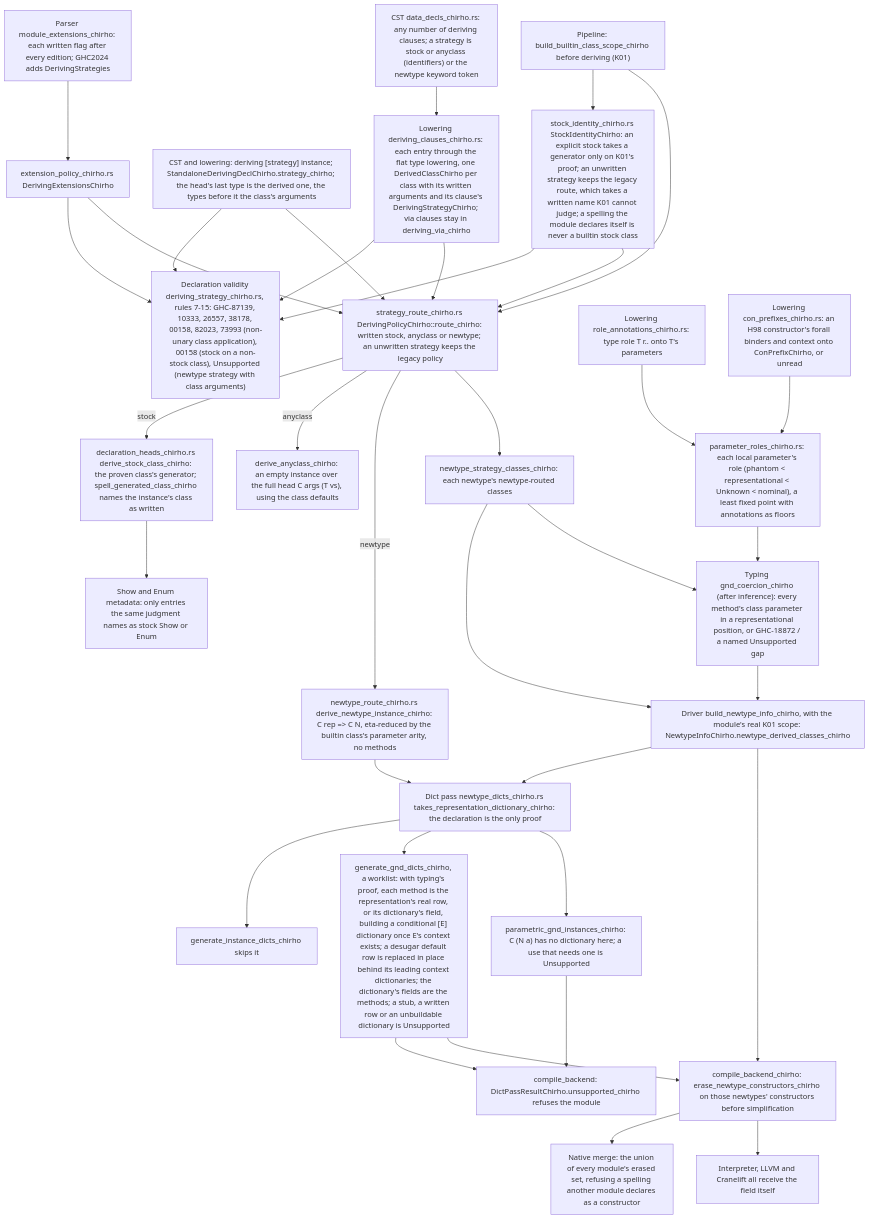
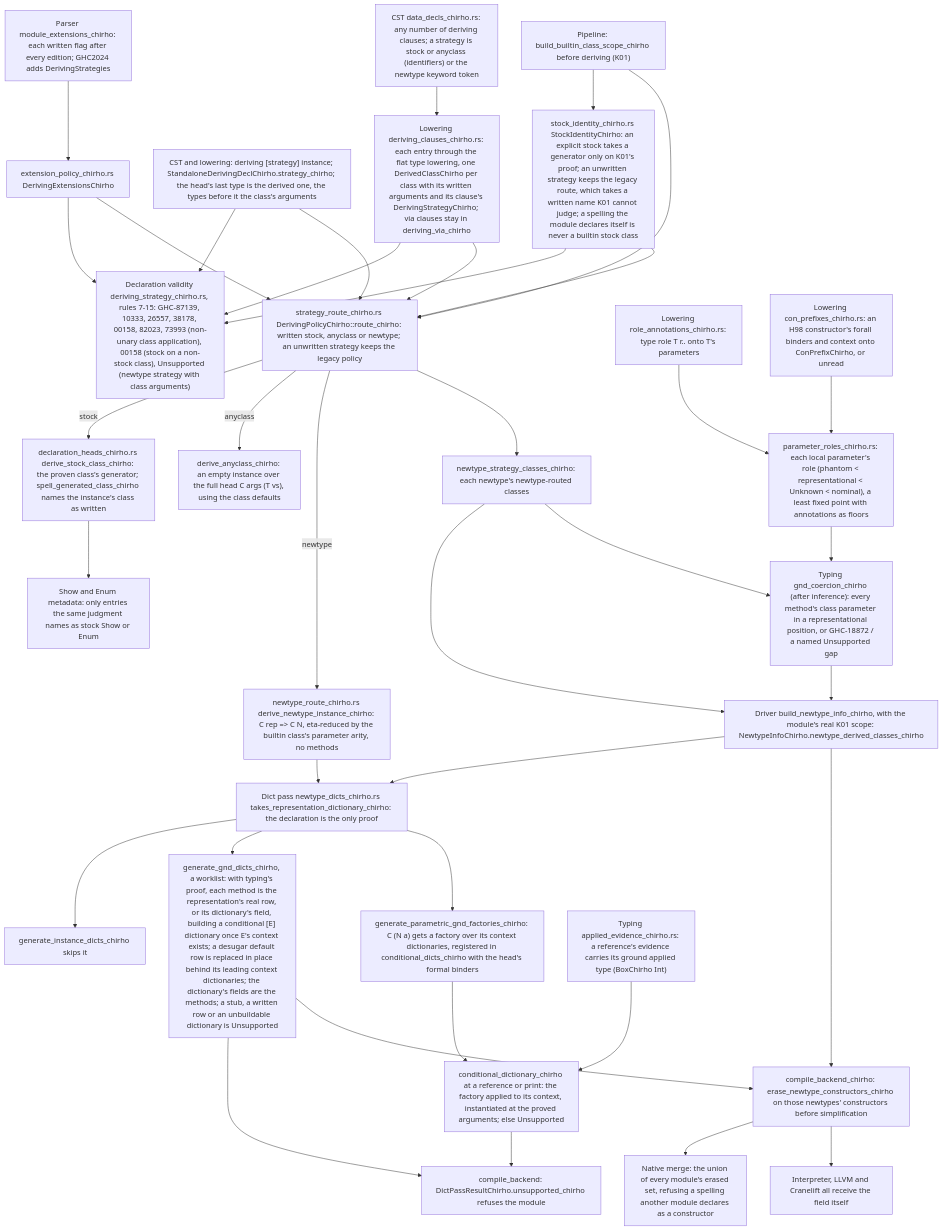
Before and after one commit to loveJesus/haskelujah-chirho: the diagram in spec-chirho/workflows-chirho/compiler-pipeline-chirho/deriving-strategies-chirho.md, drawn with Mermaid. The commit also changed other lines of this file and 24 other files, not shown here.

First line of the commit message:
feat(deriving): parametric GND dictionaries through instance factories (r11)

````diff
--- a/spec-chirho/workflows-chirho/compiler-pipeline-chirho/deriving-strategies-chirho.md
+++ b/spec-chirho/workflows-chirho/compiler-pipeline-chirho/deriving-strategies-chirho.md
@@ -12,39 +12,41 @@
 ```mermaid
 flowchart TD
     cst_chirho["CST data_decls_chirho.rs: any number of deriving clauses; a strategy is stock or anyclass (identifiers) or the newtype keyword token"]
     cst_chirho --> lower_chirho["Lowering deriving_clauses_chirho.rs: each entry through the flat type lowering, one DerivedClassChirho per class with its written arguments and its clause's DerivingStrategyChirho; via clauses stay in deriving_via_chirho"]
     standalone_chirho["CST and lowering: deriving [strategy] instance; StandaloneDerivingDeclChirho.strategy_chirho; the head's last type is the derived one, the types before it the class's arguments"]
     pragmas_chirho["Parser module_extensions_chirho: each written flag after every edition; GHC2024 adds DerivingStrategies"] --> policy_chirho["extension_policy_chirho.rs DerivingExtensionsChirho"]
     policy_chirho --> validity_chirho
     policy_chirho --> route_chirho
     scope_chirho --> identity_chirho["stock_identity_chirho.rs StockIdentityChirho: an explicit stock takes a generator only on K01's proof; an unwritten strategy keeps the legacy route, which takes a written name K01 cannot judge; a spelling the module declares itself is never a builtin stock class"]
     identity_chirho --> validity_chirho
     identity_chirho --> route_chirho
     lower_chirho --> validity_chirho["Declaration validity deriving_strategy_chirho.rs, rules 7-15: GHC-87139, 10333, 26557, 38178, 00158, 82023, 73993 (non-unary class application), 00158 (stock on a non-stock class), Unsupported (newtype strategy with class arguments)"]
     standalone_chirho --> validity_chirho
     lower_chirho --> route_chirho["strategy_route_chirho.rs DerivingPolicyChirho::route_chirho: written stock, anyclass or newtype; an unwritten strategy keeps the legacy policy"]
     standalone_chirho --> route_chirho
     scope_chirho["Pipeline: build_builtin_class_scope_chirho before deriving (K01)"] --> route_chirho
     route_chirho -->|stock| stock_chirho["declaration_heads_chirho.rs derive_stock_class_chirho: the proven class's generator; spell_generated_class_chirho names the instance's class as written"]
     route_chirho -->|anyclass| empty_chirho["derive_anyclass_chirho: an empty instance over the full head C args (T vs), using the class defaults"]
     route_chirho -->|newtype| gnd_chirho["newtype_route_chirho.rs derive_newtype_instance_chirho: C rep => C N, eta-reduced by the builtin class's parameter arity, no methods"]
     route_chirho --> inventory_chirho["newtype_strategy_classes_chirho: each newtype's newtype-routed classes"]
     stock_chirho --> metadata_chirho["Show and Enum metadata: only entries the same judgment names as stock Show or Enum"]
     inventory_chirho --> info_chirho["Driver build_newtype_info_chirho, with the module's real K01 scope: NewtypeInfoChirho.newtype_derived_classes_chirho"]
     roles_annotation_chirho["Lowering role_annotations_chirho.rs: type role T r.. onto T's parameters"] --> roles_chirho["parameter_roles_chirho.rs: each local parameter's role (phantom < representational < Unknown < nominal), a least fixed point with annotations as floors"]
     prefix_lower_chirho["Lowering con_prefixes_chirho.rs: an H98 constructor's forall binders and context onto ConPrefixChirho, or unread"] --> roles_chirho
     inventory_chirho --> proof_chirho["Typing gnd_coercion_chirho (after inference): every method's class parameter in a representational position, or GHC-18872 / a named Unsupported gap"]
     roles_chirho --> proof_chirho
     proof_chirho --> info_chirho
     info_chirho --> eligible_chirho["Dict pass newtype_dicts_chirho.rs takes_representation_dictionary_chirho: the declaration is the only proof"]
     gnd_chirho --> eligible_chirho
     eligible_chirho --> ground_skip_chirho["generate_instance_dicts_chirho skips it"]
     eligible_chirho --> alias_chirho["generate_gnd_dicts_chirho, a worklist: with typing's proof, each method is the representation's real row, or its dictionary's field, building a conditional [E] dictionary once E's context exists; a desugar default row is replaced in place behind its leading context dictionaries; the dictionary's fields are the methods; a stub, a written row or an unbuildable dictionary is Unsupported"]
     alias_chirho --> refuse_chirho["compile_backend: DictPassResultChirho.unsupported_chirho refuses the module"]
-    eligible_chirho --> parametric_chirho["parametric_gnd_instances_chirho: C (N a) has no dictionary here; a use that needs one is Unsupported"]
-    parametric_chirho --> refuse_chirho
+    eligible_chirho --> parametric_chirho["generate_parametric_gnd_factories_chirho: C (N a) gets a factory over its context dictionaries, registered in conditional_dicts_chirho with the head's formal binders"]
+    evidence_chirho["Typing applied_evidence_chirho.rs: a reference's evidence carries its ground applied type (BoxChirho Int)"] --> use_chirho
+    parametric_chirho --> use_chirho["conditional_dictionary_chirho at a reference or print: the factory applied to its context, instantiated at the proved arguments; else Unsupported"]
+    use_chirho --> refuse_chirho
     info_chirho --> erase_chirho["compile_backend_chirho: erase_newtype_constructors_chirho on those newtypes' constructors before simplification"]
     erase_chirho --> merge_chirho["Native merge: the union of every module's erased set, refusing a spelling another module declares as a constructor"]
     alias_chirho --> erase_chirho
     erase_chirho --> backends_chirho["Interpreter, LLVM and Cranelift all receive the field itself"]
 ```
````
